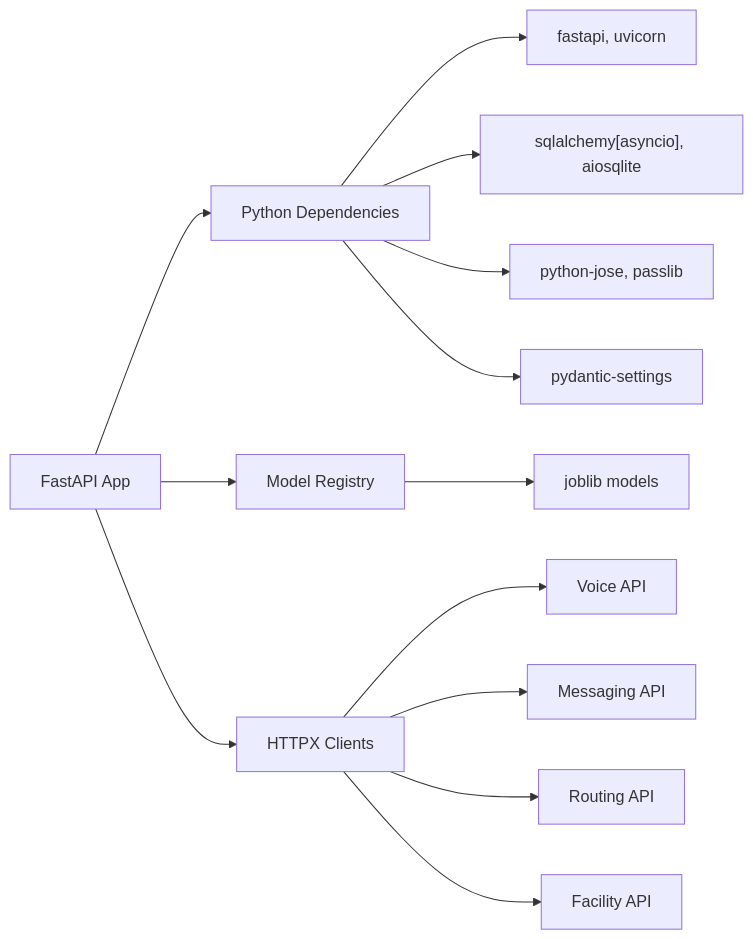
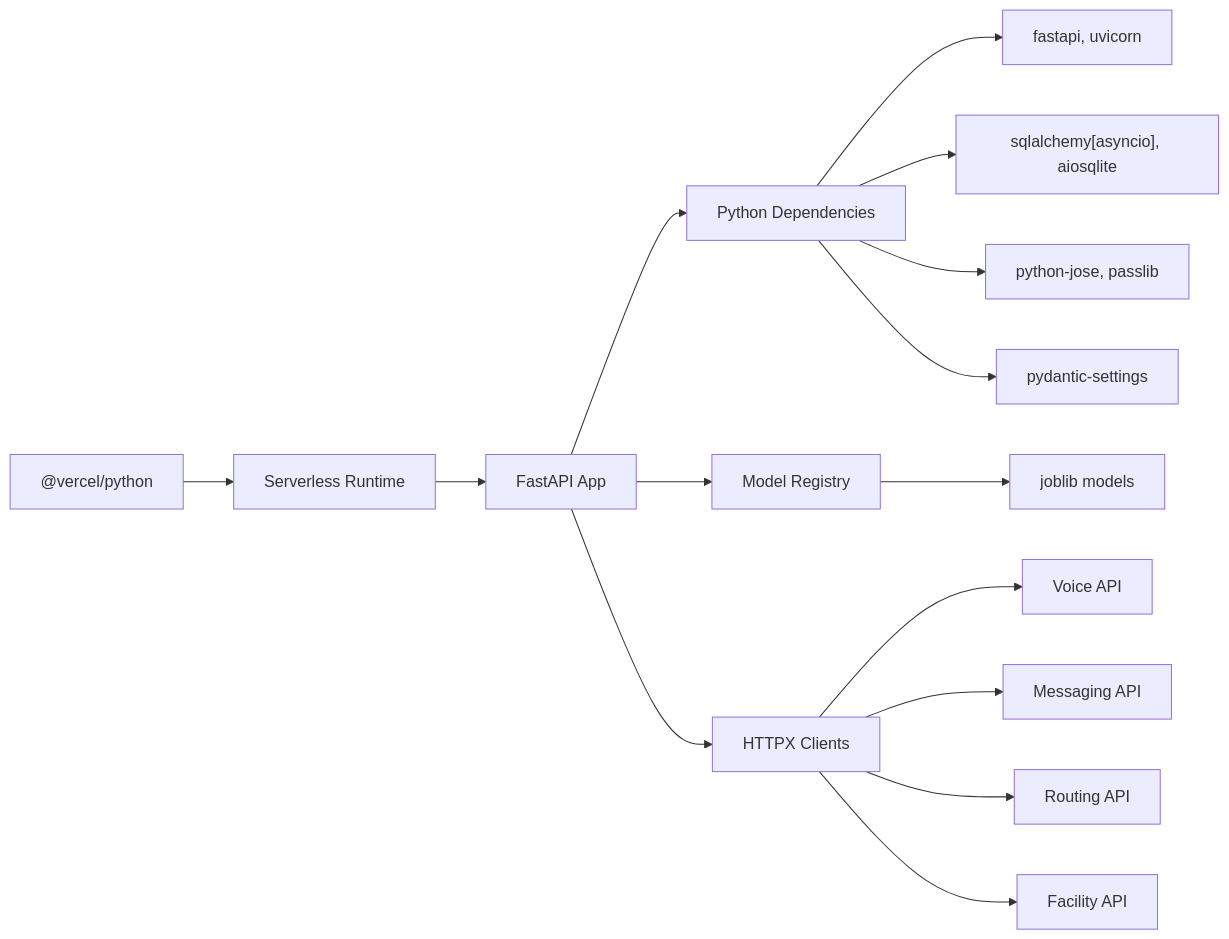
One commit to Zafar488/MaHifzat-Ai changed the seventh of 7 diagrams in .qoder/repowiki/en/content/Deployment and Operations.md. Above: the diagram before and after it, drawn with Mermaid. The commit also changed other lines of this file and 360 other files, not shown here.

````diff
--- a/.qoder/repowiki/en/content/Deployment and Operations.md
+++ b/.qoder/repowiki/en/content/Deployment and Operations.md
@@ -229,15 +257,17 @@
 ```mermaid
 graph LR
 App["FastAPI App"] --> Deps["Python Dependencies"]
 Deps --> FastAPI["fastapi, uvicorn"]
 Deps --> DB["sqlalchemy[asyncio], aiosqlite"]
 Deps --> Auth["python-jose, passlib"]
 Deps --> Config["pydantic-settings"]
 App --> Inference["Model Registry"]
 Inference --> Joblib["joblib models"]
 App --> Ext["HTTPX Clients"]
 Ext --> Voice["Voice API"]
 Ext --> Msg["Messaging API"]
 Ext --> Route["Routing API"]
 Ext --> Fac["Facility API"]
+Vercel["@vercel/python"] --> Runtime["Serverless Runtime"]
+Runtime --> App
 ```
````
